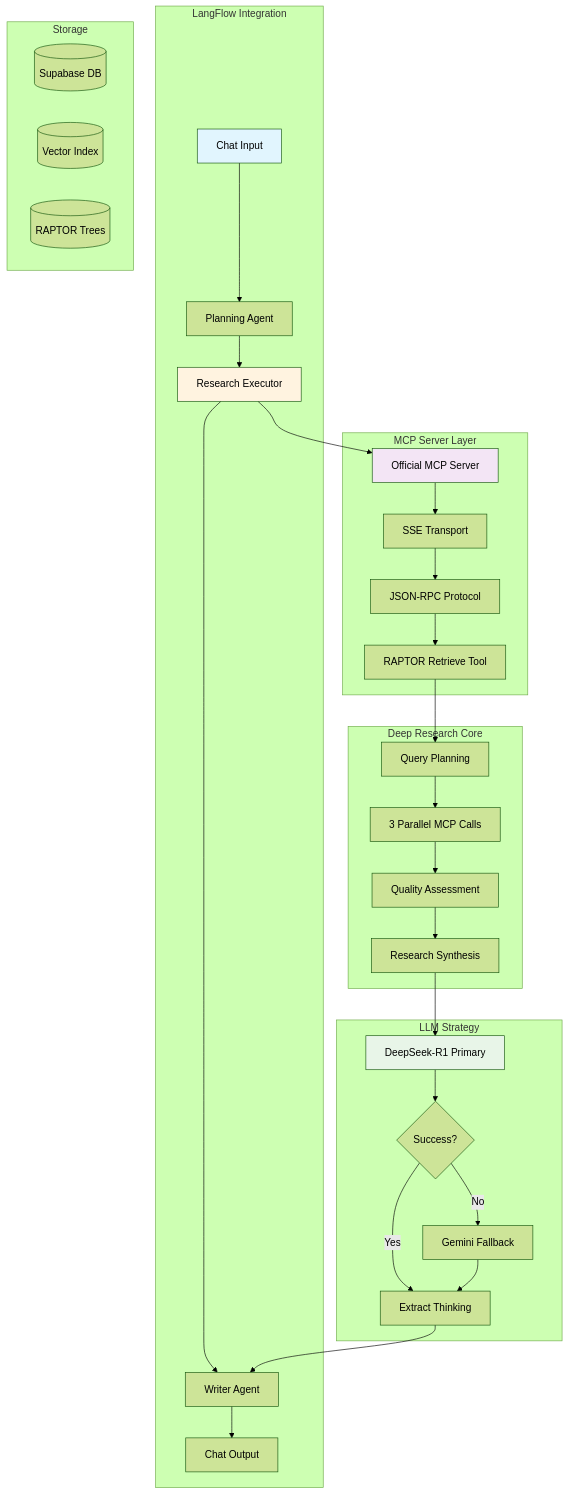
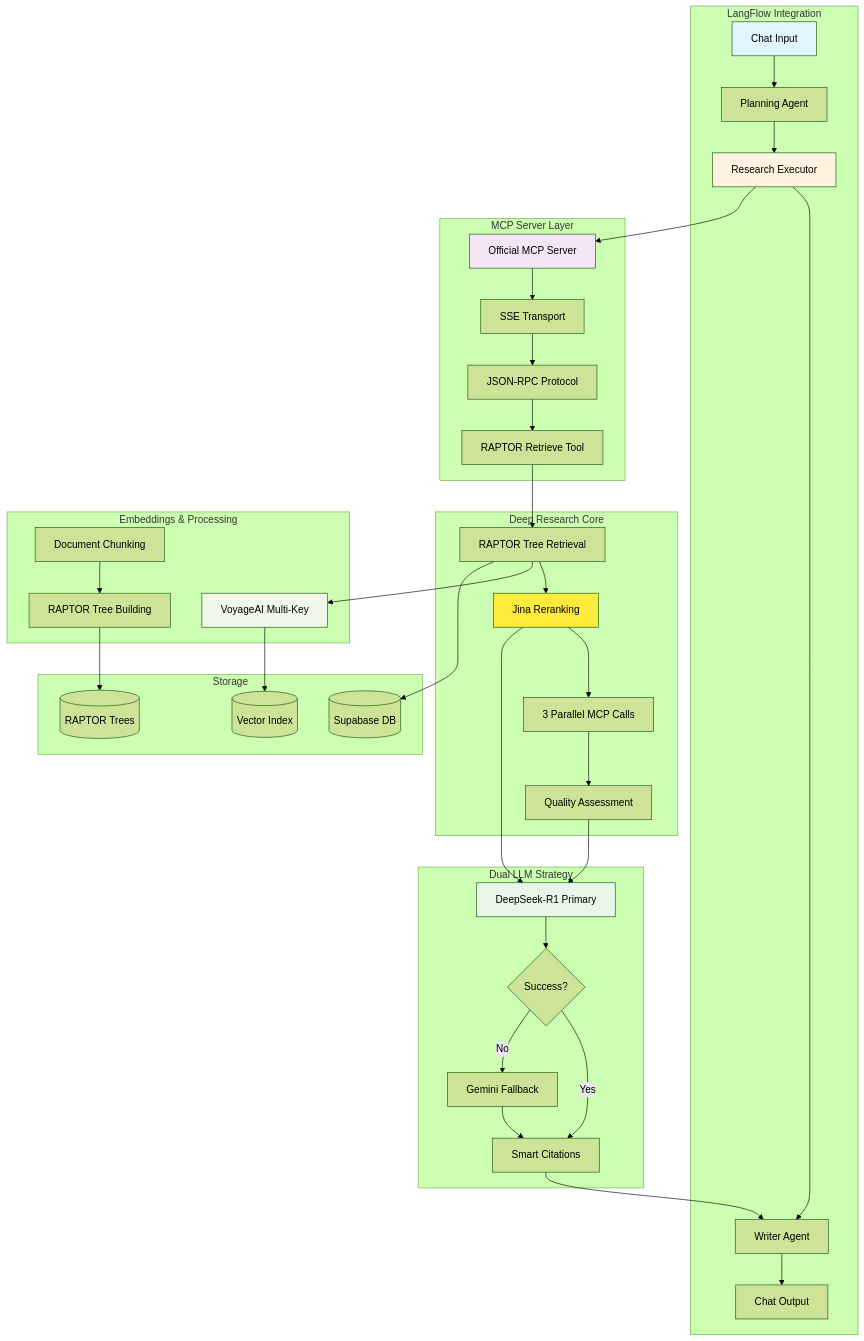
The diagram in README.md (khoahuyn/Rsptor), drawn with Mermaid (forest theme) before and after one commit. The commit also changed other lines of this file and 20 other files, not shown here.

````diff
--- a/README.md
+++ b/README.md
@@ -43,44 +43,59 @@
 ```mermaid
 flowchart TD
     subgraph "LangFlow Integration"
         A[Chat Input] --> B[Planning Agent]
-        B --> C[Research Executor]
+        B --> C[Research Executor]  
         C --> D[Writer Agent]
         D --> E[Chat Output]
     end
     
     subgraph "MCP Server Layer"
         F[Official MCP Server] --> G[SSE Transport]
         G --> H[JSON-RPC Protocol]
         H --> I[RAPTOR Retrieve Tool]
     end
     
     subgraph "Deep Research Core"
-        J[Query Planning] --> K[3 Parallel MCP Calls]
-        K --> L[Quality Assessment]
-        L --> M[Research Synthesis]
+        J[RAPTOR Tree Retrieval] --> K[Jina Reranking]
+        K --> L[3 Parallel MCP Calls]
+        L --> M[Quality Assessment]
     end
     
-    subgraph "LLM Strategy" 
+    subgraph "Dual LLM Strategy"
         N[DeepSeek-R1 Primary] --> O{Success?}
-        O -->|Yes| P[Extract Thinking]
+        O -->|Yes| P[Smart Citations]
         O -->|No| Q[Gemini Fallback]
         Q --> P
     end
     
+    subgraph "Embeddings & Processing"
+        R[VoyageAI Multi-Key]
+        S[Document Chunking]
+        T[RAPTOR Tree Building]
+    end
+    
     subgraph "Storage"
-        R[(Supabase DB)]
-        S[(Vector Index)]
-        T[(RAPTOR Trees)]
+        U[(Supabase DB)]
+        V[(Vector Index)]
+        W[(RAPTOR Trees)]
     end
     
     C --> F
     I --> J
+    J --> R
+    K --> N
     M --> N
     P --> D
     
+    S --> T
+    T --> W
+    R --> V
+    J --> U
+    
     style A fill:#e1f5fe
-    style C fill:#fff3e0
+    style C fill:#fff3e0  
     style F fill:#f3e5f5
     style N fill:#e8f5e8
+    style K fill:#ffeb3b
+    style R fill:#f1f8e9
 ```
````
